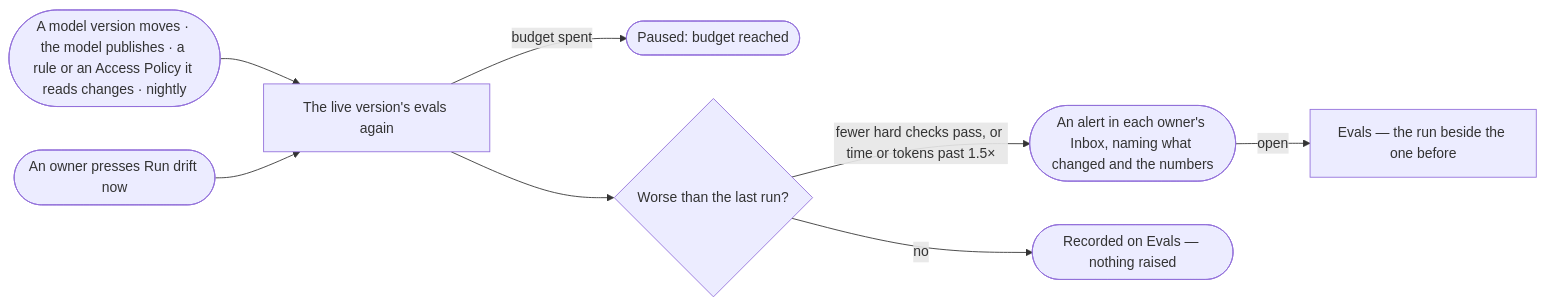
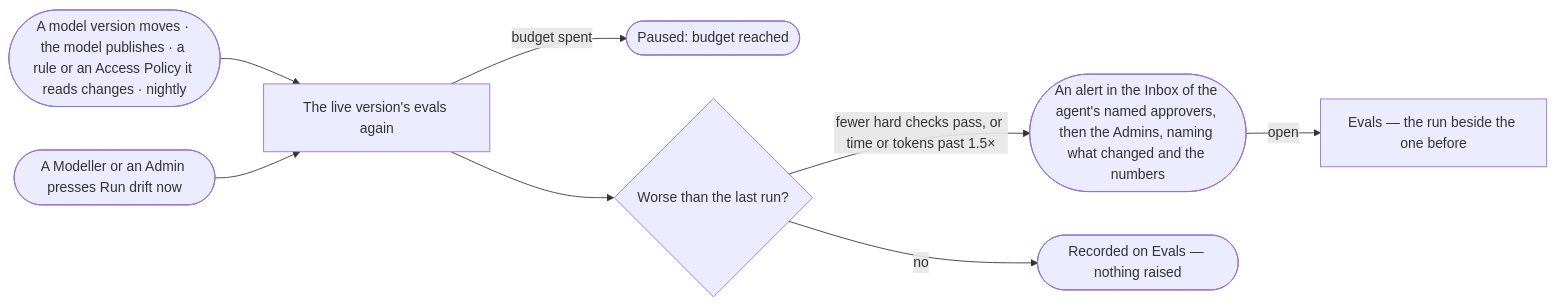
Before and after one commit to invana/invana: the diagram in specs/capabilities/agents/features/AG-F10-test-an-agent-and-a-skill/stories/AG-58-catch-an-agent-or-a-skill-getting-worse/story.md, drawn with Mermaid. The commit also changed other lines of this file and 300 other files, not shown here.

````diff
--- a/specs/capabilities/agents/features/AG-F10-test-an-agent-and-a-skill/stories/AG-58-catch-an-agent-or-a-skill-getting-worse/story.md
+++ b/specs/capabilities/agents/features/AG-F10-test-an-agent-and-a-skill/stories/AG-58-catch-an-agent-or-a-skill-getting-worse/story.md
@@ -28,10 +29,10 @@
 ```mermaid
 flowchart LR
   m([A model version moves · the model publishes · a rule or an Access Policy it reads changes · nightly]) --> d["The live version's evals again"]
-  o([An owner presses Run drift now]) --> d
+  o([A Modeller or an Admin presses Run drift now]) --> d
   d -->|budget spent| p(["Paused: budget reached"])
   d --> c{"Worse than the last run?"}
-  c -->|fewer hard checks pass, or time or tokens past 1.5×| a(["An alert in each owner's Inbox, naming what changed and the numbers"])
+  c -->|fewer hard checks pass, or time or tokens past 1.5×| a(["An alert in the Inbox of the agent's named approvers, then the Admins, naming what changed and the numbers"])
   c -->|no| ok(["Recorded on Evals — nothing raised"])
   a -->|open| ev["Evals — the run beside the one before"]
 ```
````
